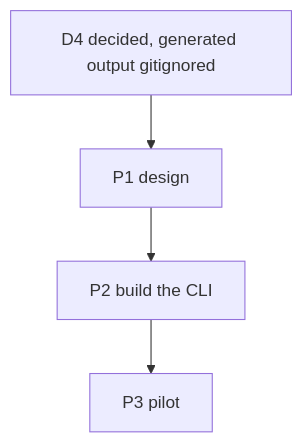
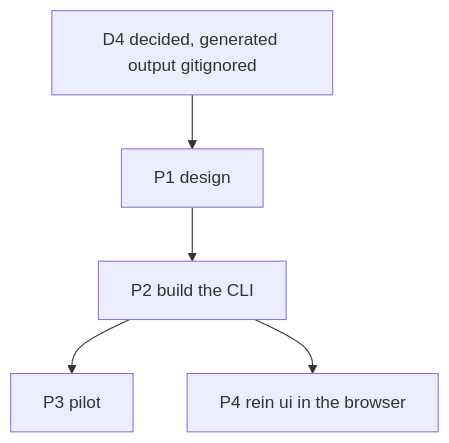
One commit to Danidani23/agents-rein changed the first of 4 diagrams in docs/implementation_plans/2026-10-11_harness-distribution-tool.md. Above: the diagram before and after it, drawn with Mermaid. The commit also changed other lines of this file and 1 other file, not shown here.

First line of the commit message:
docs: plan rein ui, a gateway served to the browser

````diff
--- a/docs/implementation_plans/2026-10-11_harness-distribution-tool.md
+++ b/docs/implementation_plans/2026-10-11_harness-distribution-tool.md
@@ -963,6 +974,7 @@
 ```mermaid
 flowchart TD
   D4[D4 decided, generated output gitignored] --> P1[P1 design]
   P1 --> P2[P2 build the CLI]
   P2 --> P3[P3 pilot]
+  P2 --> P4[P4 rein ui in the browser]
 ```
````
